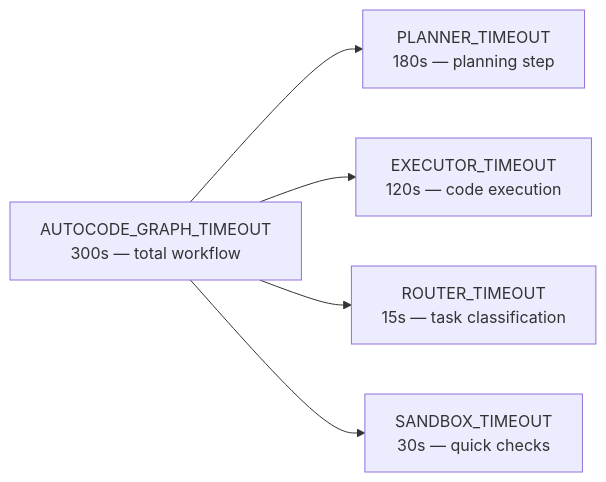
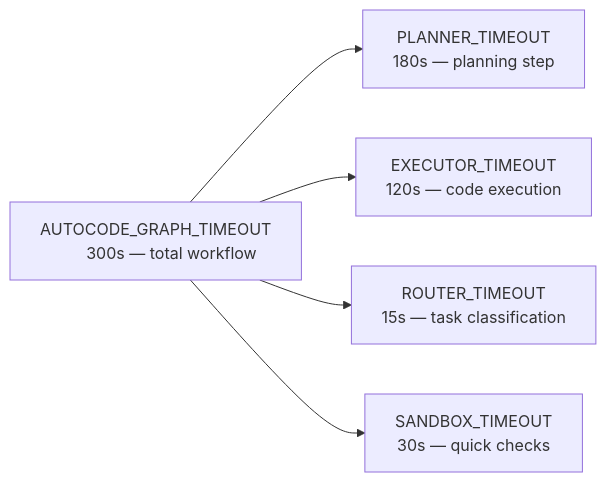
The fourth of 4 diagrams in docs/core/CONFIG.md (brunogcar/agent), drawn with Mermaid before and after one commit. The commit also changed other lines of this file and 17 other files, not shown here.

````diff
--- a/docs/core/CONFIG.md
+++ b/docs/core/CONFIG.md
@@ -406,7 +457,12 @@
 ```mermaid
 graph LR
-    A["AUTOCODE_GRAPH_TIMEOUT<br/>300s — total workflow"] --> B["PLANNER_TIMEOUT<br/>180s — planning step"]
-    A --> C["EXECUTOR_TIMEOUT<br/>120s — code execution"]
-    A --> D["ROUTER_TIMEOUT<br/>15s — task classification"]
-    A --> E["SANDBOX_TIMEOUT<br/>30s — quick checks"]
+    A["AUTOCODE_GRAPH_TIMEOUT
+       300s — total workflow"] --> B["PLANNER_TIMEOUT
+                                    180s — planning step"]
+    A --> C["EXECUTOR_TIMEOUT
+             120s — code execution"]
+    A --> D["ROUTER_TIMEOUT
+             15s — task classification"]
+    A --> E["SANDBOX_TIMEOUT
+             30s — quick checks"]
 ```
````
